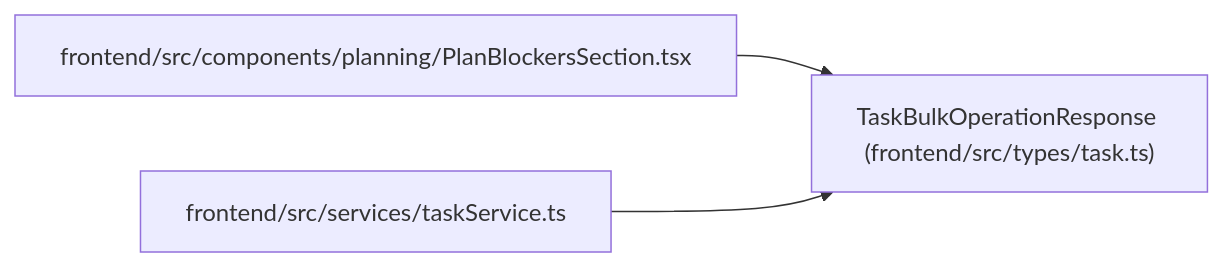
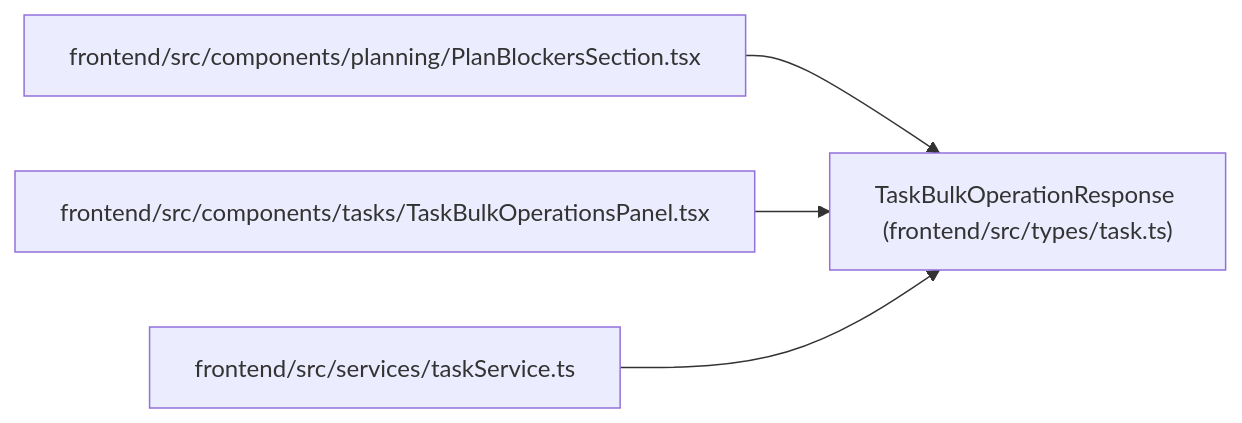
The diagram in docs/llm_wiki/entities/types_task_TaskBulkOperationResponse.md (Denissvgn/WorkChord), drawn with Mermaid before and after one commit. The commit also changed other lines of this file and 728 other files, not shown here.

Commit message:
Sync the architectural wiki for the reassign reviewer warning

````diff
--- a/docs/llm_wiki/entities/types_task_TaskBulkOperationResponse.md
+++ b/docs/llm_wiki/entities/types_task_TaskBulkOperationResponse.md
@@ -31,11 +31,14 @@
 ```mermaid
 flowchart LR
     n0["TaskBulkOperationResponse (frontend/src/types/task.ts)"]
     n1["frontend/src/components/planning/PlanBlockersSection.tsx"]
-    n2["frontend/src/services/taskService.ts"]
+    n2["frontend/src/components/tasks/TaskBulkOperationsPanel.tsx"]
+    n3["frontend/src/services/taskService.ts"]
     n1 --> n0
     n2 --> n0
+    n3 --> n0
     click n0 "../modules/types_task.md"
     click n1 "../modules/PlanBlockersSection.md"
-    click n2 "../modules/taskService.md"
+    click n2 "../modules/TaskBulkOperationsPanel.md"
+    click n3 "../modules/taskService.md"
 ```
````
